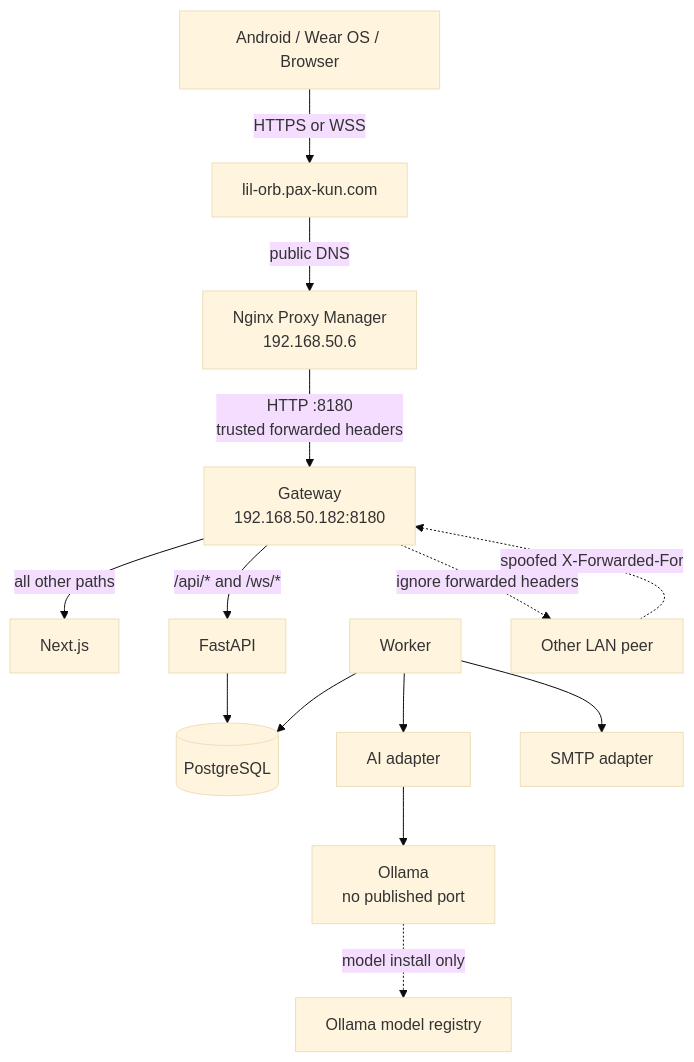
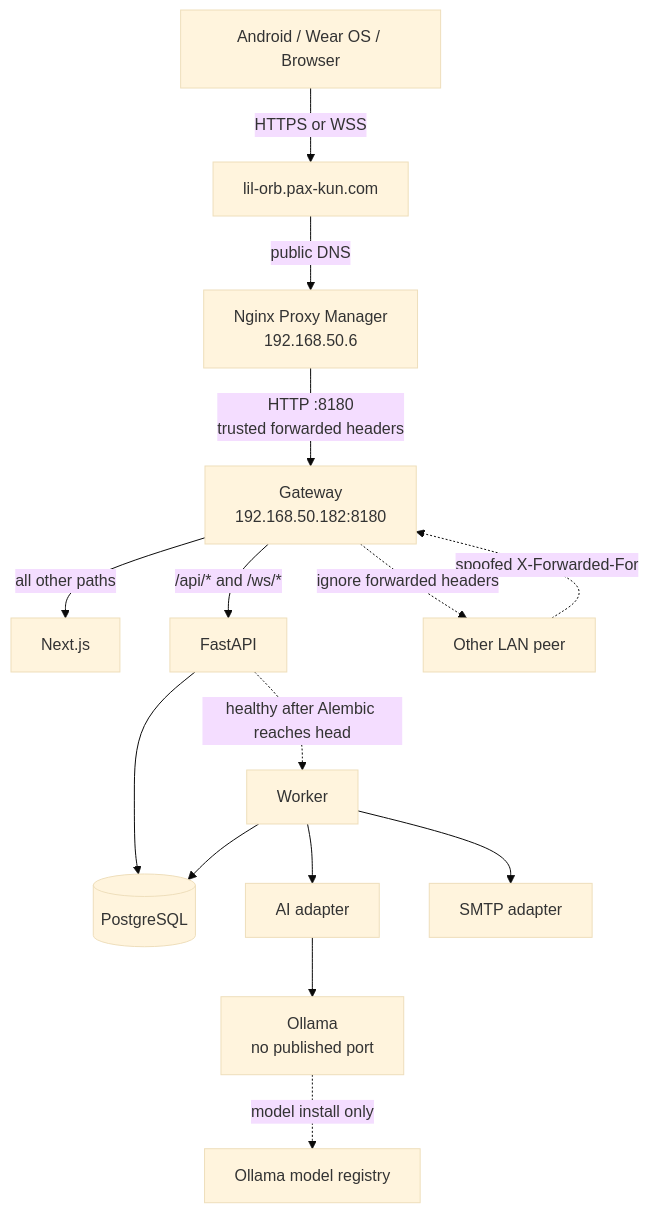
The first of 15 diagrams in docs/NETWORK-FLOW.md (Captainpax/littleorbit), drawn with Mermaid (base theme) before and after one commit. The commit also changed other lines of this file and 90 other files, not shown here.

````diff
--- a/docs/NETWORK-FLOW.md
+++ b/docs/NETWORK-FLOW.md
@@ -9,17 +9,18 @@
 ```mermaid
 flowchart TD
     Clients[Android / Wear OS / Browser] -->|HTTPS or WSS| DNS[lil-orb.pax-kun.com]
     DNS -->|public DNS| NPM[Nginx Proxy Manager<br/>192.168.50.6]
     NPM -->|HTTP :8180<br/>trusted forwarded headers| Gateway[Gateway<br/>192.168.50.182:8180]
     Gateway -->|all other paths| Web[Next.js]
     Gateway -->|/api/* and /ws/*| API[FastAPI]
     API --> DB[(PostgreSQL)]
+    API -. healthy after Alembic reaches head .-> Worker
     Worker[Worker] --> DB
     Worker --> AI[AI adapter]
     AI --> Ollama[Ollama<br/>no published port]
     Ollama -. model install only .-> Registry[Ollama model registry]
     Worker --> SMTP[SMTP adapter]
 
     Untrusted[Other LAN peer] -. spoofed X-Forwarded-For .-> Gateway
     Gateway -. ignore forwarded headers .-> Untrusted
 ```
````
